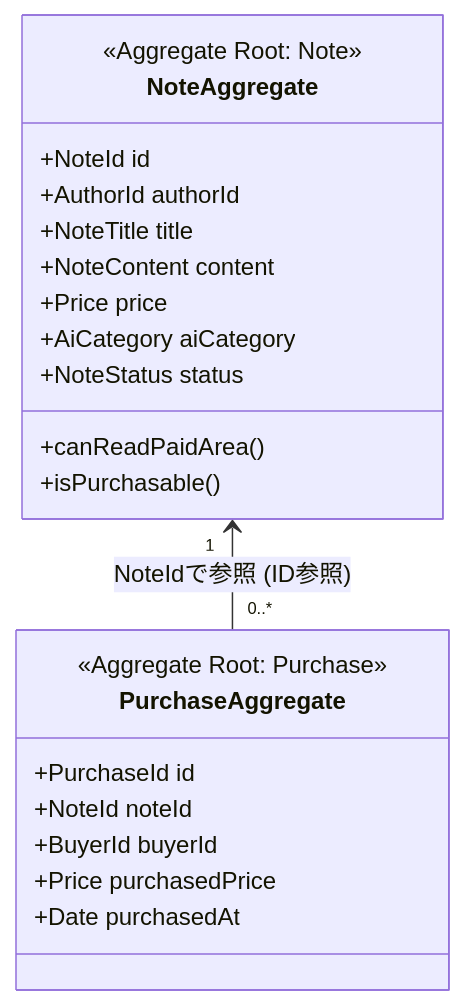
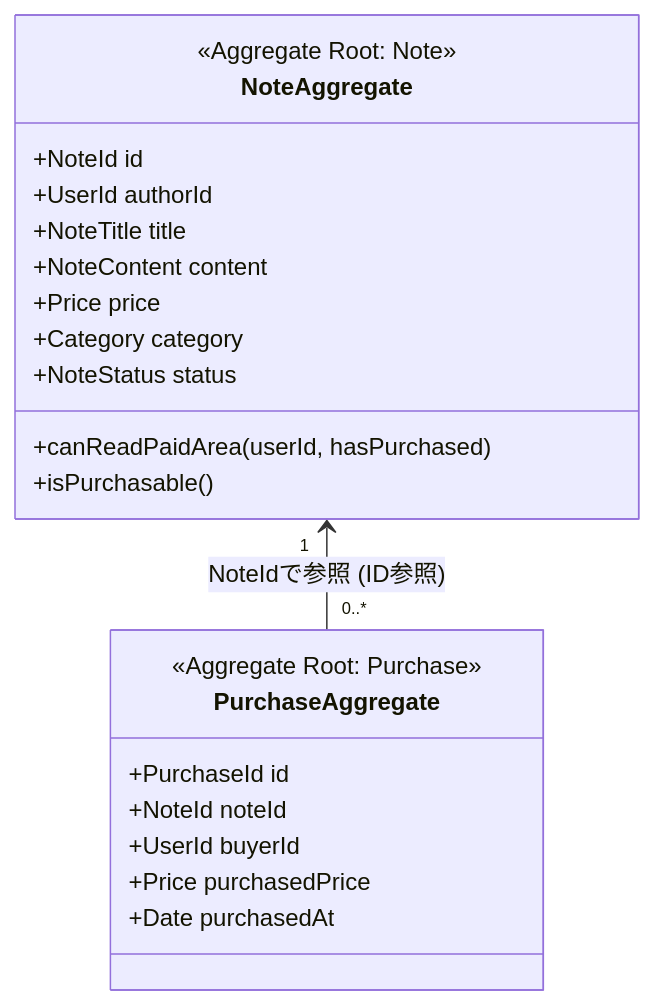
The diagram in docs/02-domain-models/overview.md (aracxk/ai-note-market), drawn with Mermaid before and after one commit. The commit also changed other lines of this file and 10 other files, not shown here.

````diff
--- a/docs/02-domain-models/overview.md
+++ b/docs/02-domain-models/overview.md
@@ -12,26 +12,26 @@
 ```mermaid
 classDiagram
     class NoteAggregate {
         <<Aggregate Root: Note>>
         +NoteId id
-        +AuthorId authorId
+        +UserId authorId
         +NoteTitle title
         +NoteContent content
         +Price price
-        +AiCategory aiCategory
+        +Category category
         +NoteStatus status
-        +canReadPaidArea()
+        +canReadPaidArea(userId, hasPurchased)
         +isPurchasable()
     }
 
     class PurchaseAggregate {
         <<Aggregate Root: Purchase>>
         +PurchaseId id
         +NoteId noteId
-        +BuyerId buyerId
+        +UserId buyerId
         +Price purchasedPrice
         +Date purchasedAt
     }
 
     NoteAggregate "1" <-- "0..*" PurchaseAggregate : NoteIdで参照 (ID参照)
 ```
````
